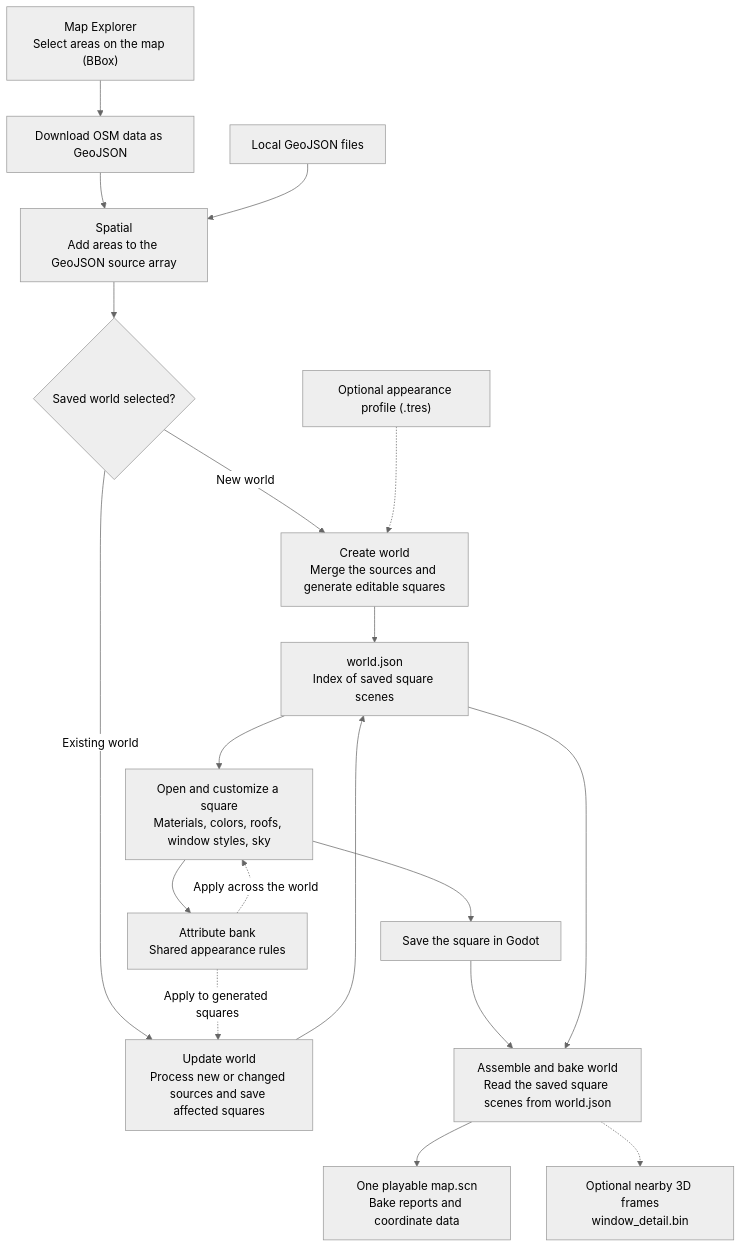
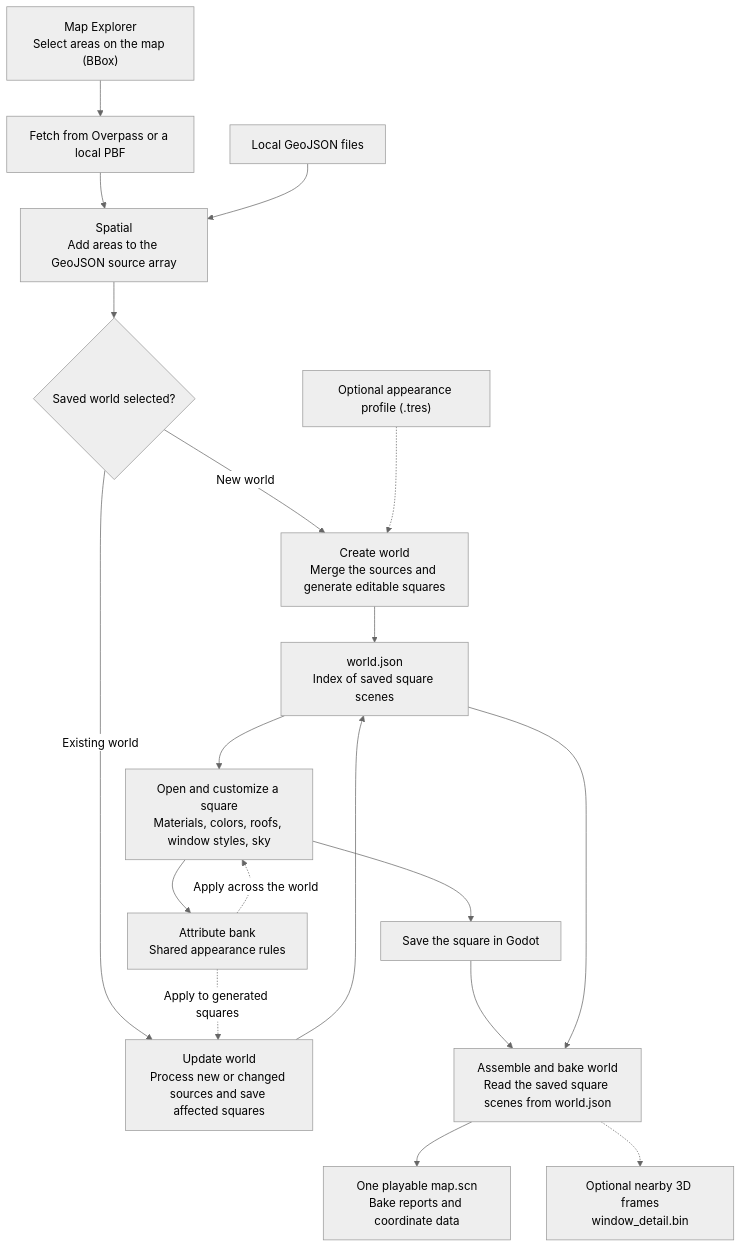
Before and after one commit to code4bones/godot-spatial-toolkit: the diagram in README.md, drawn with Mermaid (neutral theme). The commit also changed other lines of this file and 122 other files, not shown here.

````diff
--- a/README.md
+++ b/README.md
@@ -24,21 +17,21 @@
 ```mermaid
 flowchart TD
-    MAP["Map Explorer<br/>Select areas on the map (BBox)"] --> DOWNLOAD["Download OSM data as GeoJSON"]
+    MAP["Map Explorer<br/>Select areas on the map (BBox)"] --> DOWNLOAD["Fetch from Overpass or a local PBF"]
     DOWNLOAD --> SOURCES["Spatial<br/>Add areas to the GeoJSON source array"]
     LOCAL["Local GeoJSON files"] --> SOURCES
     SOURCES --> SELECTED{"Saved world selected?"}
     SELECTED -->|New world| CREATE["Create world<br/>Merge the sources and generate editable squares"]
     SELECTED -->|Existing world| UPDATE["Update world<br/>Process new or changed sources and save affected squares"]
     PROFILE["Optional appearance profile (.tres)"] -.-> CREATE
     CREATE --> INDEX["world.json<br/>Index of saved square scenes"]
     UPDATE --> INDEX
     INDEX --> EDIT["Open and customize a square<br/>Materials, colors, roofs, window styles, sky"]
     EDIT --> BANK["Attribute bank<br/>Shared appearance rules"]
     BANK -.->|Apply across the world| EDIT
     BANK -.->|Apply to generated squares| UPDATE
     EDIT --> SAVE["Save the square in Godot"]
     SAVE --> BAKE["Assemble and bake world<br/>Read the saved square scenes from world.json"]
     INDEX --> BAKE
     BAKE --> PLAY["One playable map.scn<br/>Bake reports and coordinate data"]
     BAKE -.-> WINDOWS["Optional nearby 3D frames<br/>window_detail.bin"]
 ```
````
